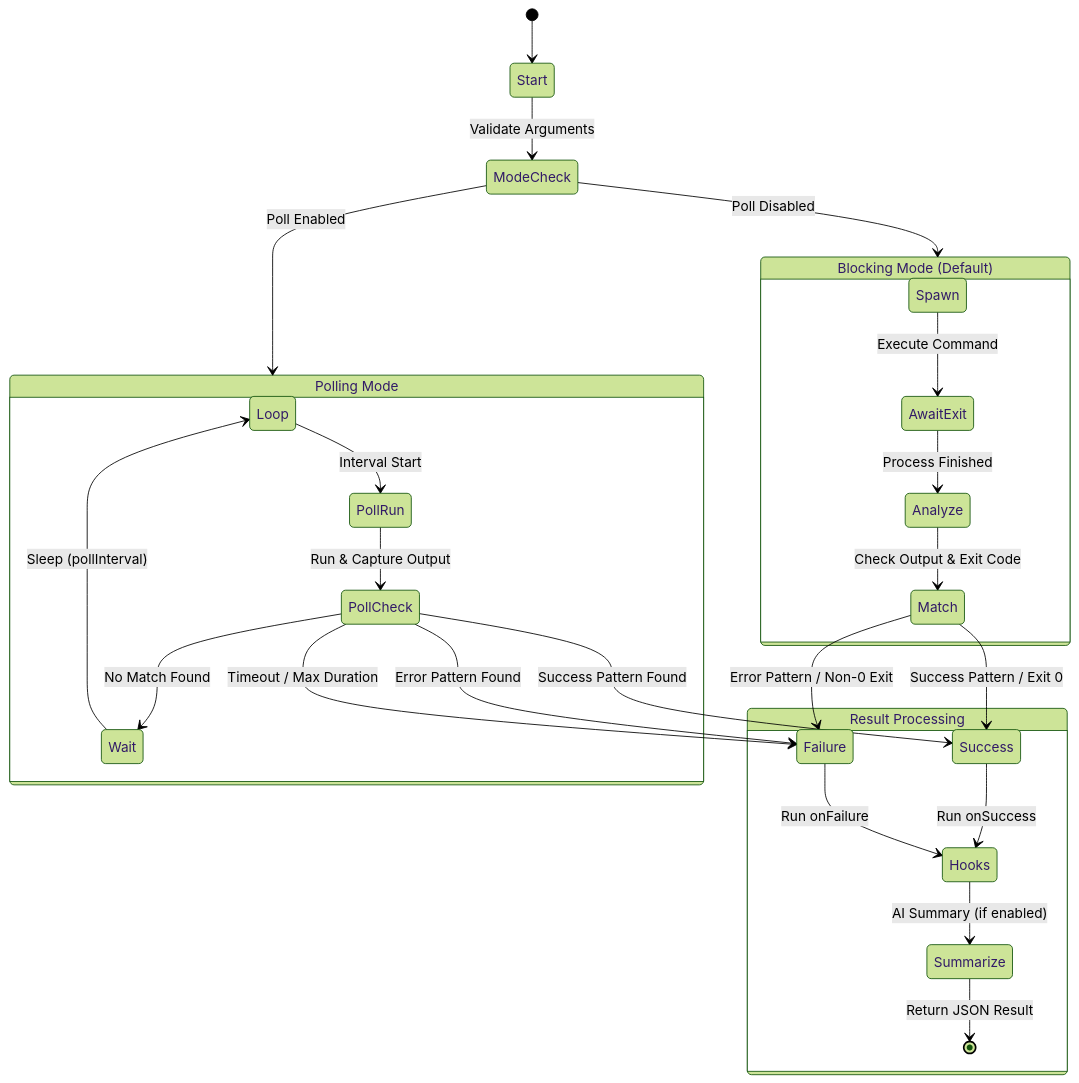
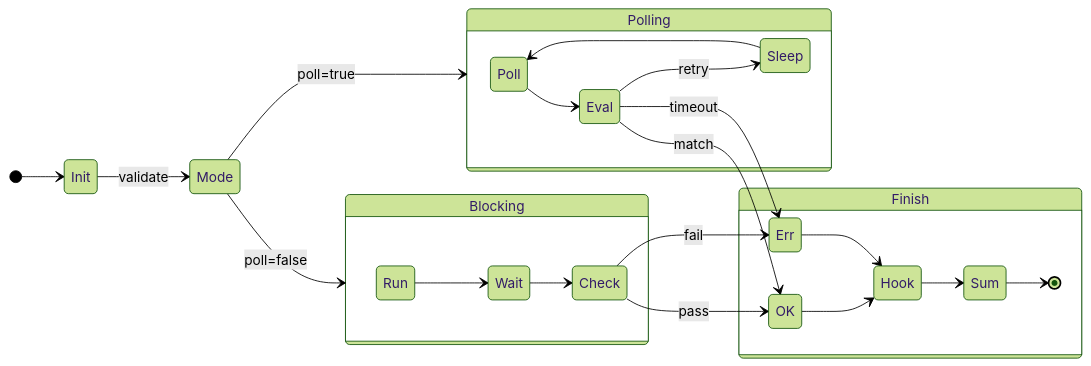
One commit to rothnic/opencode-await changed the diagram in docs/src/content/docs/guides/how-it-works.mdx. Above: the diagram before and after it, drawn with Mermaid (forest theme). The commit also changed 2 other files, not shown here.

Commit message:
fix(docs): improve mermaid diagram readability and site-wide visual polish
- Simplify state diagram from 20+ states to 12 essential states
- Use concise 2-4 char labels (Init, Mode, Run, Wait, Check, etc.)
- Increase mermaid fontSize to 18px with proper node padding
- Remove CSS transform scaling that caused text truncation
- Add comprehensive light/dark mode theming for sidebar, navbar
- Fix theme toggle visibility and contrast issues in light mode

````diff
--- a/docs/src/content/docs/guides/how-it-works.mdx
+++ b/docs/src/content/docs/guides/how-it-works.mdx
@@ -10,37 +10,33 @@
 ```mermaid
 stateDiagram-v2
-    direction TB
+    direction LR
     
-    [*] --> Start
-    Start --> ModeCheck: Validate Arguments
-
-    state "Blocking Mode (Default)" as Blocking {
-        Spawn --> AwaitExit: Execute Command
-        AwaitExit --> Analyze: Process Finished
-        Analyze --> Match: Check Output & Exit Code
+    [*] --> Init
+    Init --> Mode: validate
+    
+    state "Blocking" as B {
+        Run --> Wait
+        Wait --> Check
     }
-
-    state "Polling Mode" as Polling {
-        Loop --> PollRun: Interval Start
-        PollRun --> PollCheck: Run & Capture Output
-        PollCheck --> Wait: No Match Found
-        Wait --> Loop: Sleep (pollInterval)
+    
+    state "Polling" as P {
+        Poll --> Eval
+        Eval --> Sleep: retry
+        Sleep --> Poll
     }
-
-    ModeCheck --> Blocking: Poll Disabled
-    ModeCheck --> Polling: Poll Enabled
-
-    Match --> Success: Success Pattern / Exit 0
-    Match --> Failure: Error Pattern / Non-0 Exit
     
-    PollCheck --> Success: Success Pattern Found
-    PollCheck --> Failure: Error Pattern Found
-    PollCheck --> Failure: Timeout / Max Duration
-
-    state "Result Processing" as Result {
-        Success --> Hooks: Run onSuccess
-        Failure --> Hooks: Run onFailure
-        Hooks --> Summarize: AI Summary (if enabled)
-        Summarize --> [*]: Return JSON Result
+    Mode --> B: poll=false
+    Mode --> P: poll=true
+    
+    Check --> OK: pass
+    Check --> Err: fail
+    Eval --> OK: match
+    Eval --> Err: timeout
+    
+    state "Finish" as F {
+        OK --> Hook
+        Err --> Hook
+        Hook --> Sum
+        Sum --> [*]
     }
 ```
````
